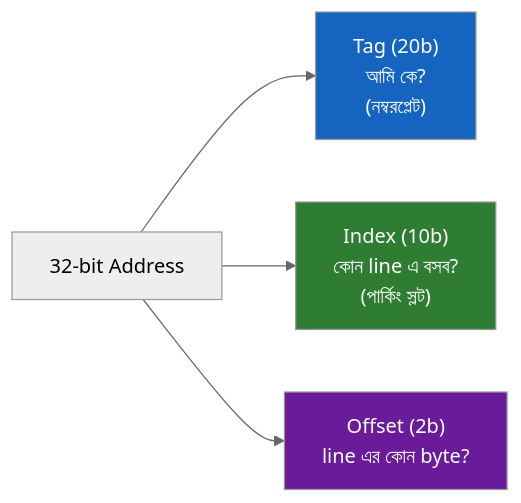
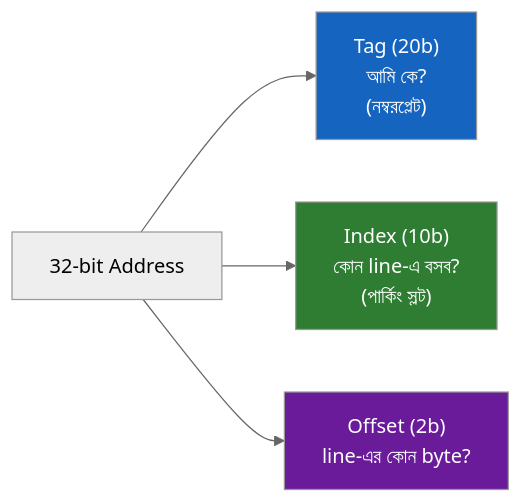
One commit to akram02/build-your-own-processor changed the second of 5 diagrams in chapters/Chapter_18_Memory_Hierarchy.md. Above: the diagram before and after it, drawn with Mermaid (neutral theme). The commit also changed other lines of this file and 16 other files, not shown here.

````diff
--- a/chapters/Chapter_18_Memory_Hierarchy.md
+++ b/chapters/Chapter_18_Memory_Hierarchy.md
@@ -211,9 +211,9 @@
 ```mermaid
 flowchart LR
     A["32-bit Address"] --> T["Tag (20b)<br/>আমি কে?<br/>(নম্বরপ্লেট)"]
-    A --> I["Index (10b)<br/>কোন line এ বসব?<br/>(পার্কিং স্লট)"]
-    A --> O["Offset (2b)<br/>line এর কোন byte?"]
+    A --> I["Index (10b)<br/>কোন line-এ বসব?<br/>(পার্কিং স্লট)"]
+    A --> O["Offset (2b)<br/>line-এর কোন byte?"]
     style T fill:#1565c0,color:#fff
     style I fill:#2e7d32,color:#fff
     style O fill:#6a1b9a,color:#fff
 ```
````
